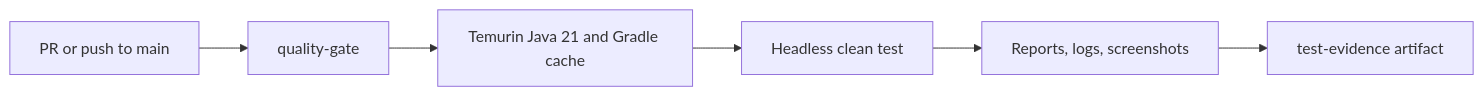
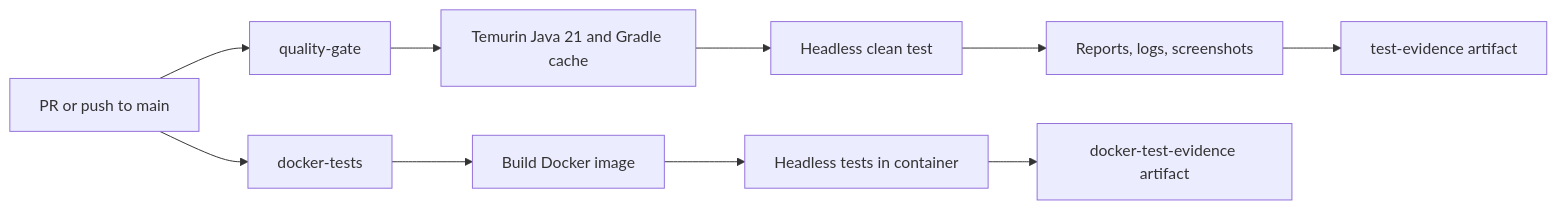
The fourth of 5 diagrams in docs_en/GUIA_USO_TEMPLATE_AUTOMATIZACION.md (IsraelBaz-coder/selenium-java-cucumber-automation-template), drawn with Mermaid before and after one commit. The commit also changed other lines of this file and 12 other files, not shown here.

Commit message:
feat(ci): integrate Docker test execution into GitHub Actions

````diff
--- a/docs_en/GUIA_USO_TEMPLATE_AUTOMATIZACION.md
+++ b/docs_en/GUIA_USO_TEMPLATE_AUTOMATIZACION.md
@@ -164,8 +164,12 @@
 ```mermaid
 flowchart LR
   PR[PR or push to main] --> G[quality-gate]
   G --> J[Temurin Java 21 and Gradle cache]
   J --> T[Headless clean test]
   T --> R[Reports, logs, screenshots]
   R --> A[test-evidence artifact]
+  PR --> D[docker-tests]
+  D --> I[Build Docker image]
+  I --> C[Headless tests in container]
+  C --> E[docker-test-evidence artifact]
 ```
````
